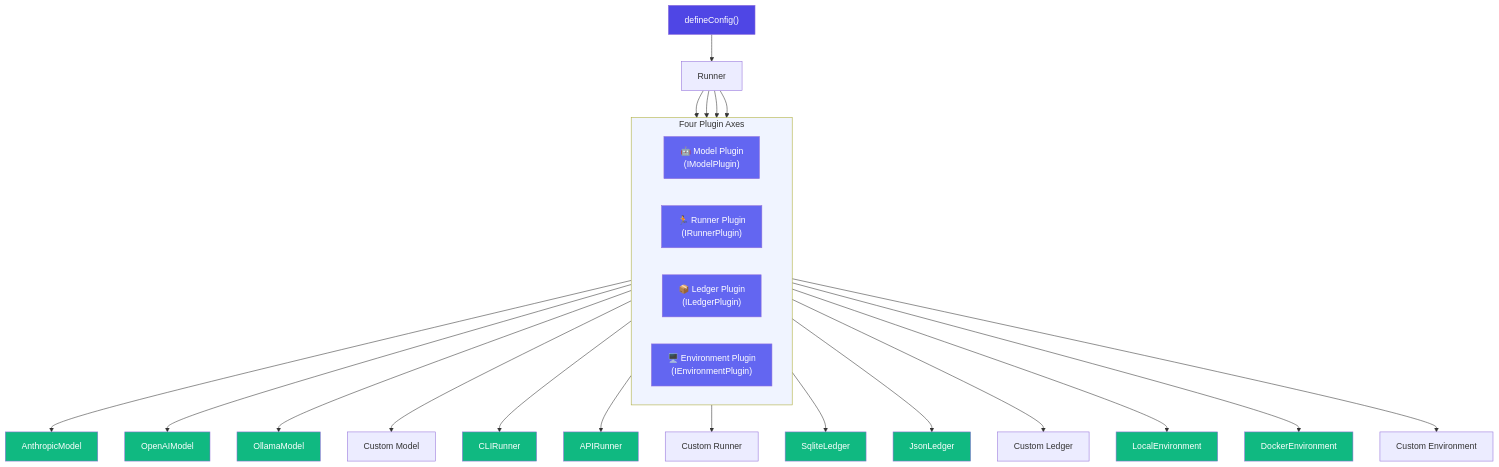
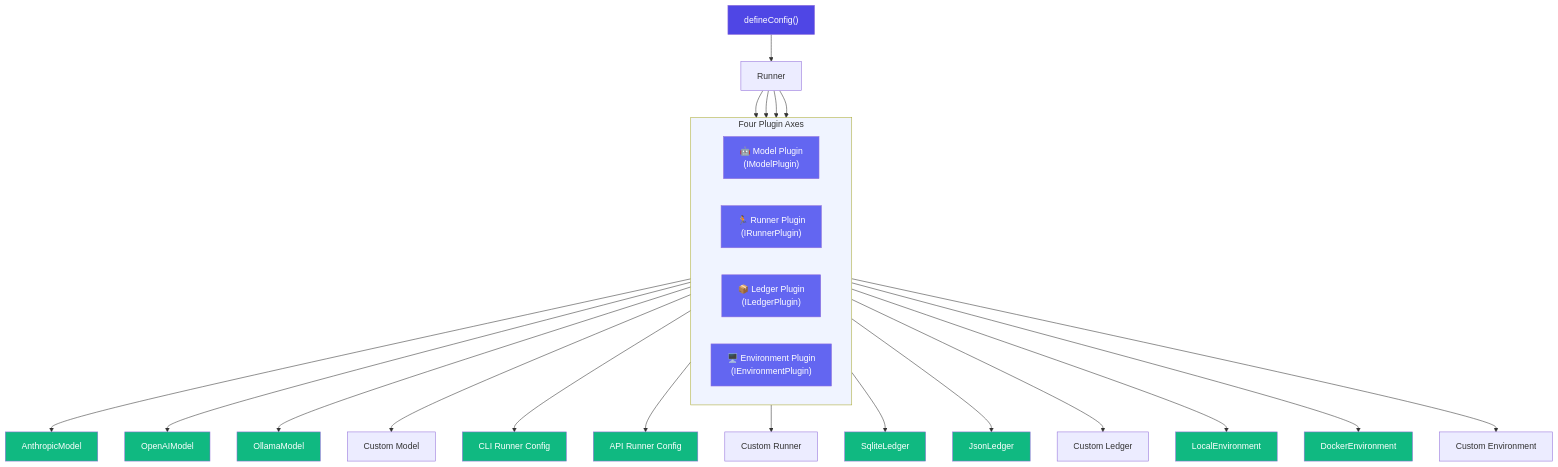
One commit to Tlahey/agent-eval changed the first of 2 diagrams in apps/docs/guide/plugins.md. Above: the diagram before and after it, drawn with Mermaid. The commit also changed other lines of this file and 26 other files, not shown here.

First line of the commit message:
refactor(runners): simplify runner config to plain objects

````diff
--- a/apps/docs/guide/plugins.md
+++ b/apps/docs/guide/plugins.md
@@ -7,50 +7,50 @@
 ```mermaid
 flowchart TB
     CONFIG["defineConfig()"] --> RUNNER["Runner"]
 
     subgraph Plugins["Four Plugin Axes"]
         direction LR
         MODEL["🤖 Model Plugin<br/>(IModelPlugin)"]
         RUN["🏃 Runner Plugin<br/>(IRunnerPlugin)"]
         LEDGER["📦 Ledger Plugin<br/>(ILedgerPlugin)"]
         ENV["🖥️ Environment Plugin<br/>(IEnvironmentPlugin)"]
     end
 
     RUNNER --> MODEL
     RUNNER --> RUN
     RUNNER --> LEDGER
     RUNNER --> ENV
 
     MODEL --> AN["AnthropicModel"]
     MODEL --> OA["OpenAIModel"]
     MODEL --> OL["OllamaModel"]
     MODEL --> CM["Custom Model"]
 
-    RUN --> CR["CLIRunner"]
-    RUN --> AR["APIRunner"]
+    RUN --> CR["CLI Runner Config"]
+    RUN --> AR["API Runner Config"]
     RUN --> CRU["Custom Runner"]
 
     LEDGER --> SQ["SqliteLedger"]
     LEDGER --> JS["JsonLedger"]
     LEDGER --> CU["Custom Ledger"]
 
     ENV --> LE["LocalEnvironment"]
     ENV --> DE["DockerEnvironment"]
     ENV --> CE["Custom Environment"]
 
     style CONFIG fill:#4f46e5,color:#fff
     style Plugins fill:#f0f4ff
     style MODEL fill:#6366f1,color:#fff
     style RUN fill:#6366f1,color:#fff
     style LEDGER fill:#6366f1,color:#fff
     style ENV fill:#6366f1,color:#fff
     style AN fill:#10b981,color:#fff
     style OA fill:#10b981,color:#fff
     style OL fill:#10b981,color:#fff
     style CR fill:#10b981,color:#fff
     style AR fill:#10b981,color:#fff
     style SQ fill:#10b981,color:#fff
     style JS fill:#10b981,color:#fff
     style LE fill:#10b981,color:#fff
     style DE fill:#10b981,color:#fff
 ```
````
